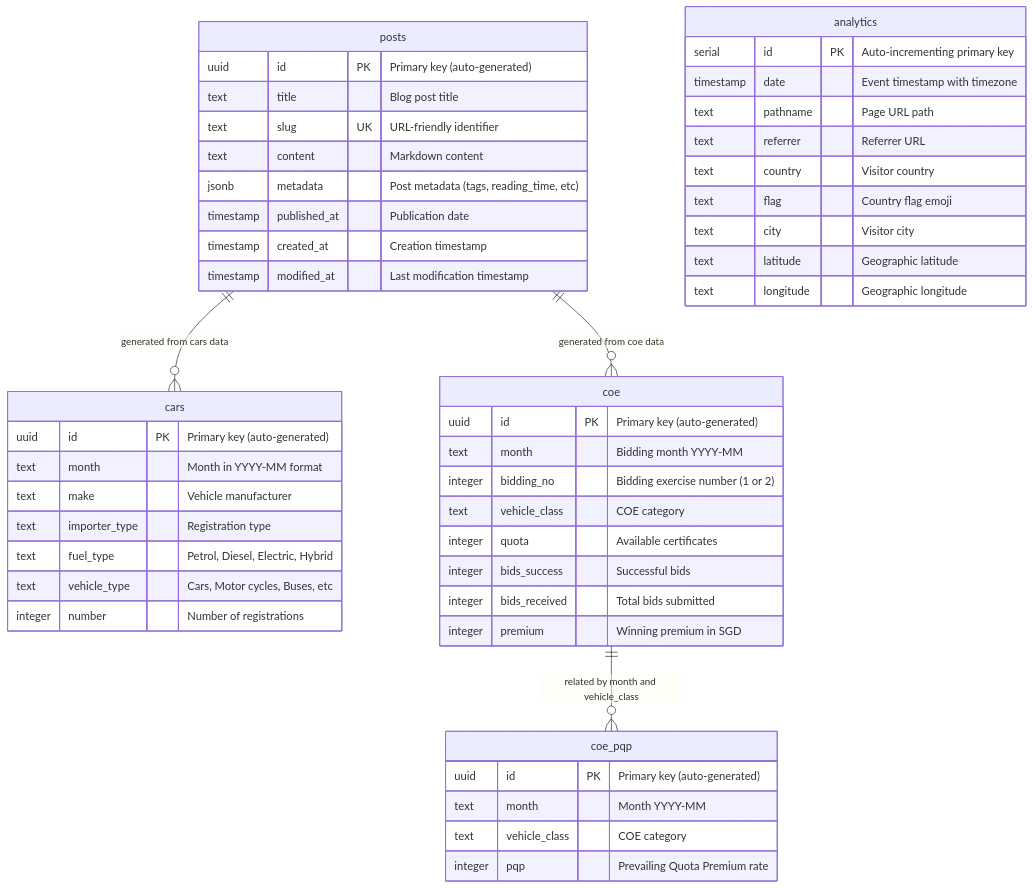
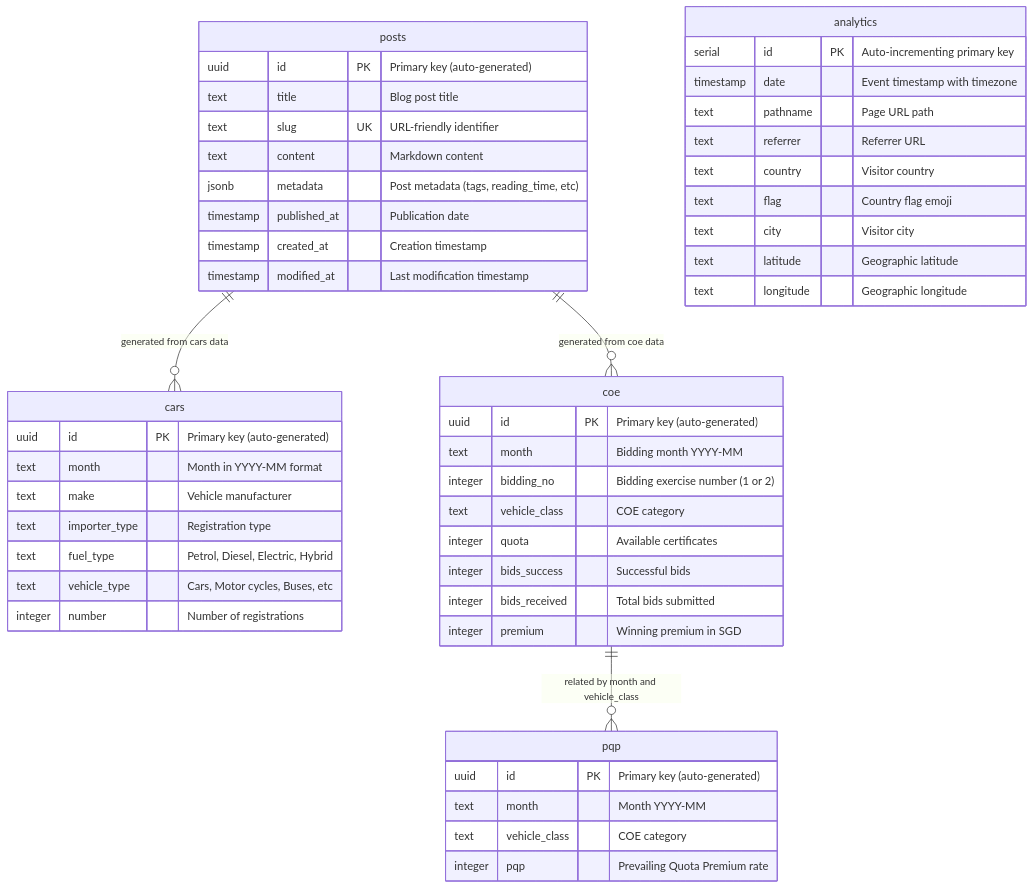
One commit to sgcarstrends/sgcarstrends changed the diagram in apps/docs/architecture/database.md. Above: the diagram before and after it, drawn with Mermaid. The commit also changed other lines of this file and 16 other files, not shown here.

Commit message:
refactor(database): rename coe_pqp table to pqp

````diff
--- a/apps/docs/architecture/database.md
+++ b/apps/docs/architecture/database.md
@@ -7,58 +7,58 @@
 ```mermaid
 erDiagram
     cars {
         uuid id PK "Primary key (auto-generated)"
         text month "Month in YYYY-MM format"
         text make "Vehicle manufacturer"
         text importer_type "Registration type"
         text fuel_type "Petrol, Diesel, Electric, Hybrid"
         text vehicle_type "Cars, Motor cycles, Buses, etc"
         integer number "Number of registrations"
     }
 
     coe {
         uuid id PK "Primary key (auto-generated)"
         text month "Bidding month YYYY-MM"
         integer bidding_no "Bidding exercise number (1 or 2)"
         text vehicle_class "COE category"
         integer quota "Available certificates"
         integer bids_success "Successful bids"
         integer bids_received "Total bids submitted"
         integer premium "Winning premium in SGD"
     }
 
-    coe_pqp {
+    pqp {
         uuid id PK "Primary key (auto-generated)"
         text month "Month YYYY-MM"
         text vehicle_class "COE category"
         integer pqp "Prevailing Quota Premium rate"
     }
 
     posts {
         uuid id PK "Primary key (auto-generated)"
         text title "Blog post title"
         text slug UK "URL-friendly identifier"
         text content "Markdown content"
         jsonb metadata "Post metadata (tags, reading_time, etc)"
         timestamp published_at "Publication date"
         timestamp created_at "Creation timestamp"
         timestamp modified_at "Last modification timestamp"
     }
 
     analytics {
         serial id PK "Auto-incrementing primary key"
         timestamp date "Event timestamp with timezone"
         text pathname "Page URL path"
         text referrer "Referrer URL"
         text country "Visitor country"
         text flag "Country flag emoji"
         text city "Visitor city"
         text latitude "Geographic latitude"
         text longitude "Geographic longitude"
     }
 
     %% Relationships (conceptual, not foreign keys)
     posts ||--o{ cars : "generated from cars data"
     posts ||--o{ coe : "generated from coe data"
-    coe ||--o{ coe_pqp : "related by month and vehicle_class"
+    coe ||--o{ pqp : "related by month and vehicle_class"
 ```
````
